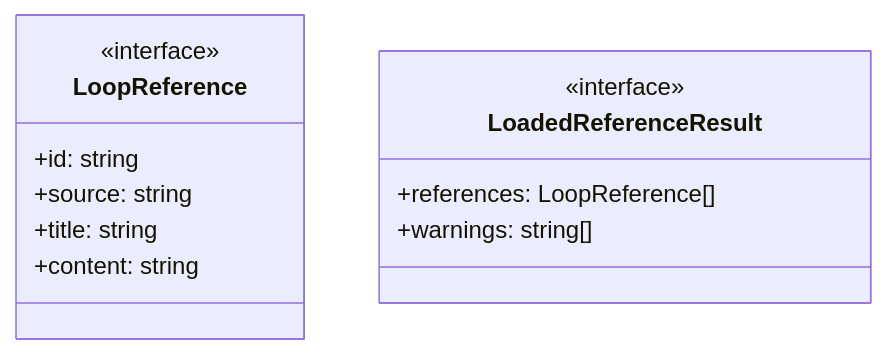
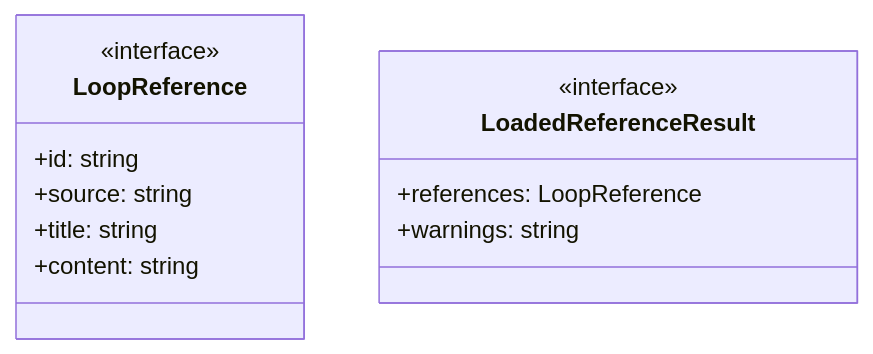
One commit to Mekann2904/mekann changed the first of 4 diagrams in ABDD/.pi/extensions/loop/reference-loader.md. Above: the diagram before and after it, drawn with Mermaid. The commit also changed other lines of this file and 174 other files, not shown here.

First line of the commit message:
fix(docs): ABDDのMermaid図生成エラーを修正する

````diff
--- a/ABDD/.pi/extensions/loop/reference-loader.md
+++ b/ABDD/.pi/extensions/loop/reference-loader.md
@@ -38,15 +38,15 @@
 ```mermaid
 classDiagram
   class LoopReference {
     <<interface>>
     +id: string
     +source: string
     +title: string
     +content: string
   }
   class LoadedReferenceResult {
     <<interface>>
-    +references: LoopReference[]
-    +warnings: string[]
+    +references: LoopReference
+    +warnings: string
   }
 ```
````
